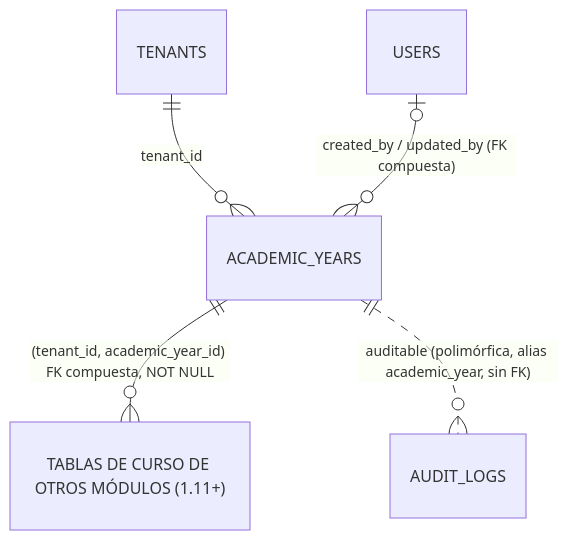
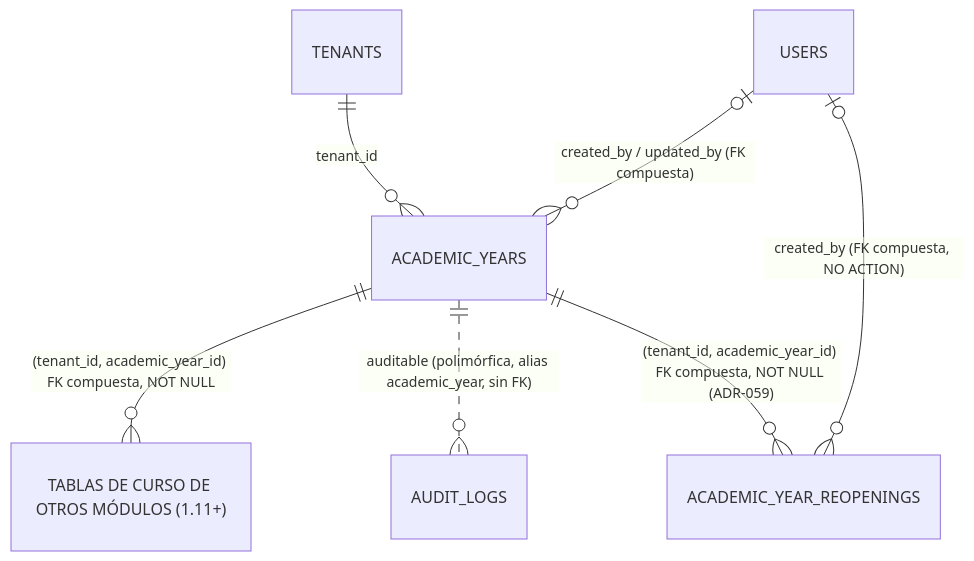
The diagram in docs/modulos/REQ-CURSO/datos.md (pirexia/plataforma-educativa), drawn with Mermaid before and after one commit. The commit also changed other lines of this file and 11 other files, not shown here.

````diff
--- a/docs/modulos/REQ-CURSO/datos.md
+++ b/docs/modulos/REQ-CURSO/datos.md
@@ -90,7 +116,9 @@
 ```mermaid
 erDiagram
     TENANTS ||--o{ ACADEMIC_YEARS : "tenant_id"
     USERS |o--o{ ACADEMIC_YEARS : "created_by / updated_by (FK compuesta)"
     ACADEMIC_YEARS ||--o{ "TABLAS DE CURSO DE OTROS MÓDULOS (1.11+)" : "(tenant_id, academic_year_id) FK compuesta, NOT NULL"
     ACADEMIC_YEARS ||..o{ AUDIT_LOGS : "auditable (polimórfica, alias academic_year, sin FK)"
+    ACADEMIC_YEARS ||--o{ ACADEMIC_YEAR_REOPENINGS : "(tenant_id, academic_year_id) FK compuesta, NOT NULL (ADR-059)"
+    USERS |o--o{ ACADEMIC_YEAR_REOPENINGS : "created_by (FK compuesta, NO ACTION)"
 ```
````
